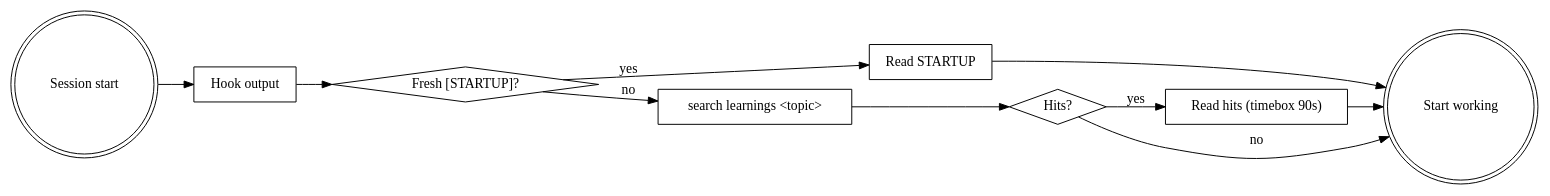
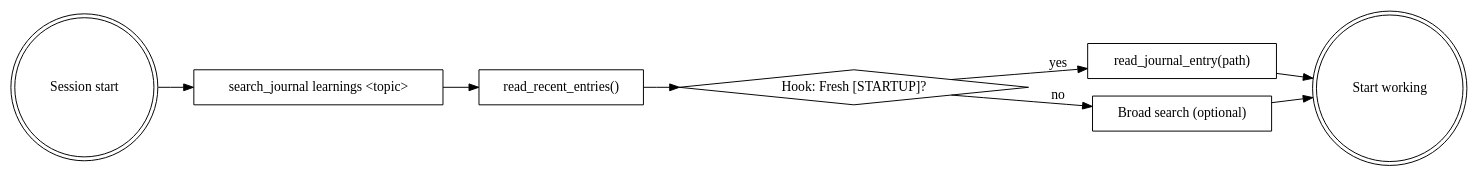
Before and after one commit to netzkontrast/the-agency-system: the first of 2 diagrams in .claude/skills/journaling/SKILL.md, drawn with Graphviz. The commit also changed other lines of this file, not shown here.

Commit message:
journaling skill: prescribe MCP search calls at session start
Session-start procedure now lists explicit MCP calls in order:
1. search_journal("learnings <topic>") — mandatory first
2. read_recent_entries() — recent full entries
3. read_journal_entry(<path>) if hook named a fresh STARTUP
4. Optional broad searches (2 max) if no STARTUP found

Updated Decision Flow graph to match new ordering.

https://claude.ai/code/session_01KdjnR16dK3Q9wHbeZiFjgn

````diff
--- a/.claude/skills/journaling/SKILL.md
+++ b/.claude/skills/journaling/SKILL.md
@@ -40,22 +40,20 @@
 ```dot
 digraph journaling {
     rankdir=LR;
     "Session start" [shape=doublecircle];
-    "Hook output" [shape=box];
-    "Fresh [STARTUP]?" [shape=diamond];
-    "Read STARTUP" [shape=box];
-    "search learnings <topic>" [shape=box];
-    "Hits?" [shape=diamond];
-    "Read hits (timebox 90s)" [shape=box];
+    "search_journal learnings <topic>" [shape=box];
+    "read_recent_entries()" [shape=box];
+    "Hook: Fresh [STARTUP]?" [shape=diamond];
+    "read_journal_entry(path)" [shape=box];
+    "Broad search (optional)" [shape=box];
     "Start working" [shape=doublecircle];
 
-    "Session start" -> "Hook output" -> "Fresh [STARTUP]?";
-    "Fresh [STARTUP]?" -> "Read STARTUP" [label="yes"];
-    "Fresh [STARTUP]?" -> "search learnings <topic>" [label="no"];
-    "Read STARTUP" -> "Start working";
-    "search learnings <topic>" -> "Hits?";
-    "Hits?" -> "Read hits (timebox 90s)" [label="yes"];
-    "Hits?" -> "Start working" [label="no"];
-    "Read hits (timebox 90s)" -> "Start working";
+    "Session start" -> "search_journal learnings <topic>";
+    "search_journal learnings <topic>" -> "read_recent_entries()";
+    "read_recent_entries()" -> "Hook: Fresh [STARTUP]?";
+    "Hook: Fresh [STARTUP]?" -> "read_journal_entry(path)" [label="yes"];
+    "Hook: Fresh [STARTUP]?" -> "Broad search (optional)" [label="no"];
+    "read_journal_entry(path)" -> "Start working";
+    "Broad search (optional)" -> "Start working";
 }
 ```
````
